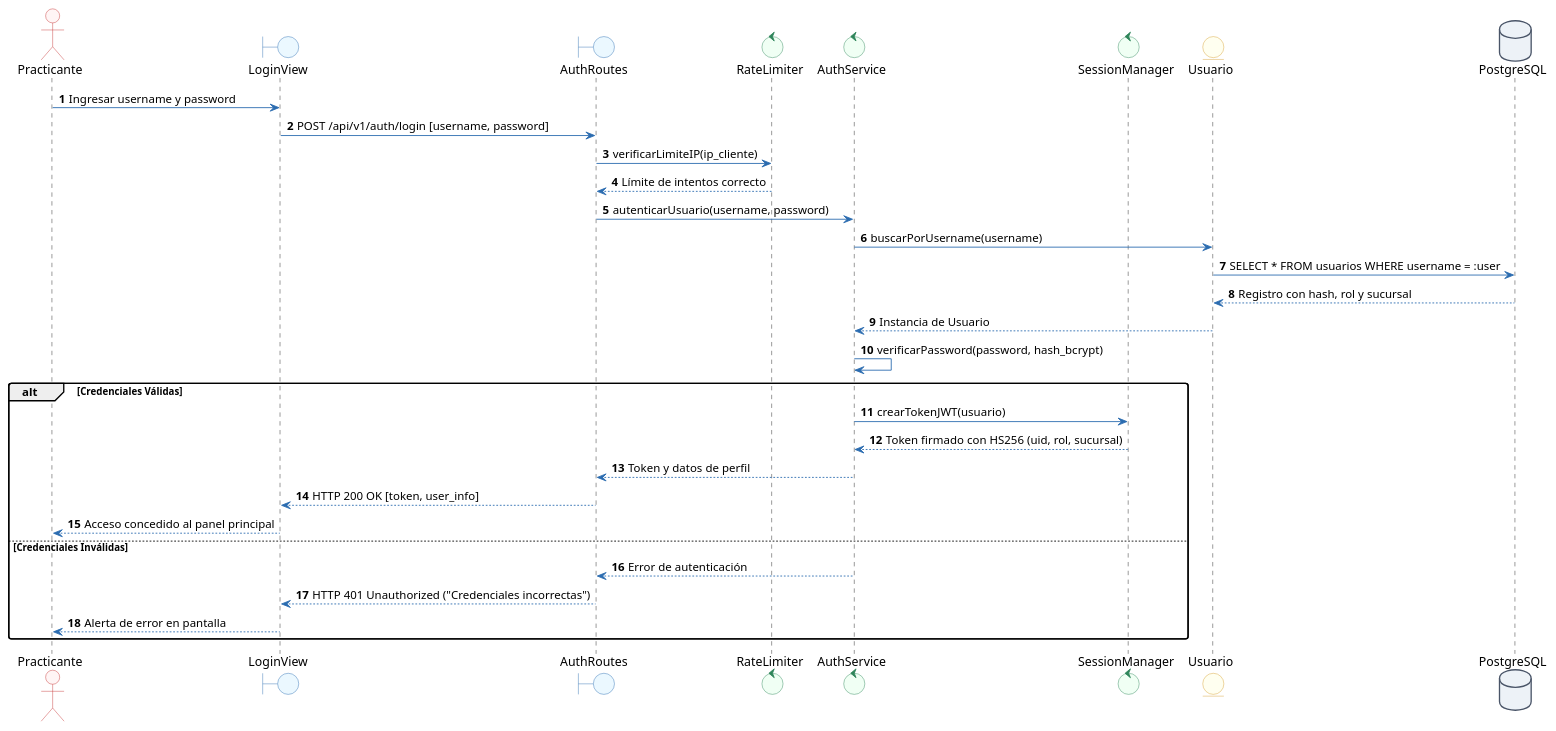
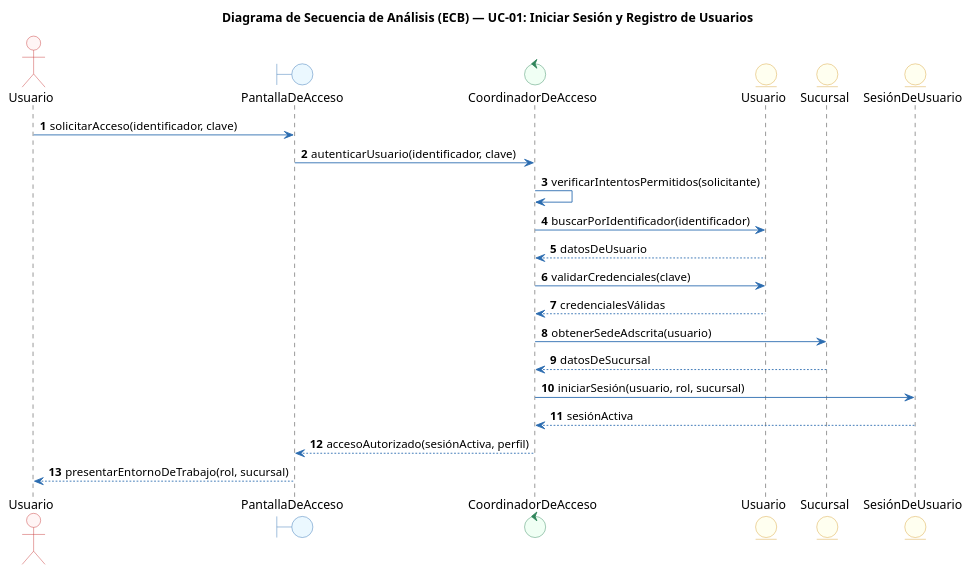
The fourth of 37 diagrams in docs/ProyectoGrado.md (Tsmrain/JiuJitsu), drawn with PlantUML before and after one commit. The commit also changed other lines of this file and 17 other files, not shown here.

````diff
--- a/docs/ProyectoGrado.md
+++ b/docs/ProyectoGrado.md
@@ -1263,58 +1263,42 @@
 ```plantuml
 @startuml
+title Diagrama de Secuencia de Análisis (ECB) — UC-01: Iniciar Sesión y Registro de Usuarios
 autonumber
-
 skinparam shadowing false
 skinparam monochrome false
 skinparam defaultFontName Arial
 skinparam roundcorner 6
 skinparam ArrowColor #2B6CB0
 skinparam ActorBorderColor #C53030
 skinparam ActorBackgroundColor #FFF5F5
 skinparam BoundaryBorderColor #2B6CB0
 skinparam BoundaryBackgroundColor #EBF8FF
 skinparam ControlBorderColor #2F855A
 skinparam ControlBackgroundColor #F0FFF4
 skinparam EntityBorderColor #D69E2E
 skinparam EntityBackgroundColor #FFFFF0
-skinparam DatabaseBorderColor #4A5568
-skinparam DatabaseBackgroundColor #EDF2F7
 skinparam UsecaseBorderColor #2B6CB0
 skinparam UsecaseBackgroundColor #F7FAFC
 
+actor "Usuario" as U
+boundary "PantallaDeAcceso" as B1
+control "CoordinadorDeAcceso" as C1
+entity "Usuario" as E1
+entity "Sucursal" as E2
+entity "SesiónDeUsuario" as E3
 
-actor "Practicante" as Actor
-boundary "LoginView" as View
-boundary "AuthRoutes" as API
-control "RateLimiter" as Rate
-control "AuthService" as Svc
-control "SessionManager" as Session
-entity "Usuario" as Ent
-database "PostgreSQL" as DB
-
-Actor -> View : Ingresar username y password
-View -> API : POST /api/v1/auth/login [username, password]
-API -> Rate : verificarLimiteIP(ip_cliente)
-Rate --> API : Límite de intentos correcto
-
-API -> Svc : autenticarUsuario(username, password)
-Svc -> Ent : buscarPorUsername(username)
-Ent -> DB : SELECT * FROM usuarios WHERE username = :user
-DB --> Ent : Registro con hash, rol y sucursal
-Ent --> Svc : Instancia de Usuario
-
-Svc -> Svc : verificarPassword(password, hash_bcrypt)
-
-alt Credenciales Válidas
-    Svc -> Session : crearTokenJWT(usuario)
-    Session --> Svc : Token firmado con HS256 (uid, rol, sucursal)
-    Svc --> API : Token y datos de perfil
-    API --> View : HTTP 200 OK [token, user_info]
-    View --> Actor : Acceso concedido al panel principal
-else Credenciales Inválidas
-    Svc --> API : Error de autenticación
-    API --> View : HTTP 401 Unauthorized ("Credenciales incorrectas")
-    View --> Actor : Alerta de error en pantalla
-end
+U -> B1 : solicitarAcceso(identificador, clave)
+B1 -> C1 : autenticarUsuario(identificador, clave)
+C1 -> C1 : verificarIntentosPermitidos(solicitante)
+C1 -> E1 : buscarPorIdentificador(identificador)
+E1 --> C1 : datosDeUsuario
+C1 -> E1 : validarCredenciales(clave)
+E1 --> C1 : credencialesVálidas
+C1 -> E2 : obtenerSedeAdscrita(usuario)
+E2 --> C1 : datosDeSucursal
+C1 -> E3 : iniciarSesión(usuario, rol, sucursal)
+E3 --> C1 : sesiónActiva
+C1 --> B1 : accesoAutorizado(sesiónActiva, perfil)
+B1 --> U : presentarEntornoDeTrabajo(rol, sucursal)
 @enduml
 ```
````
